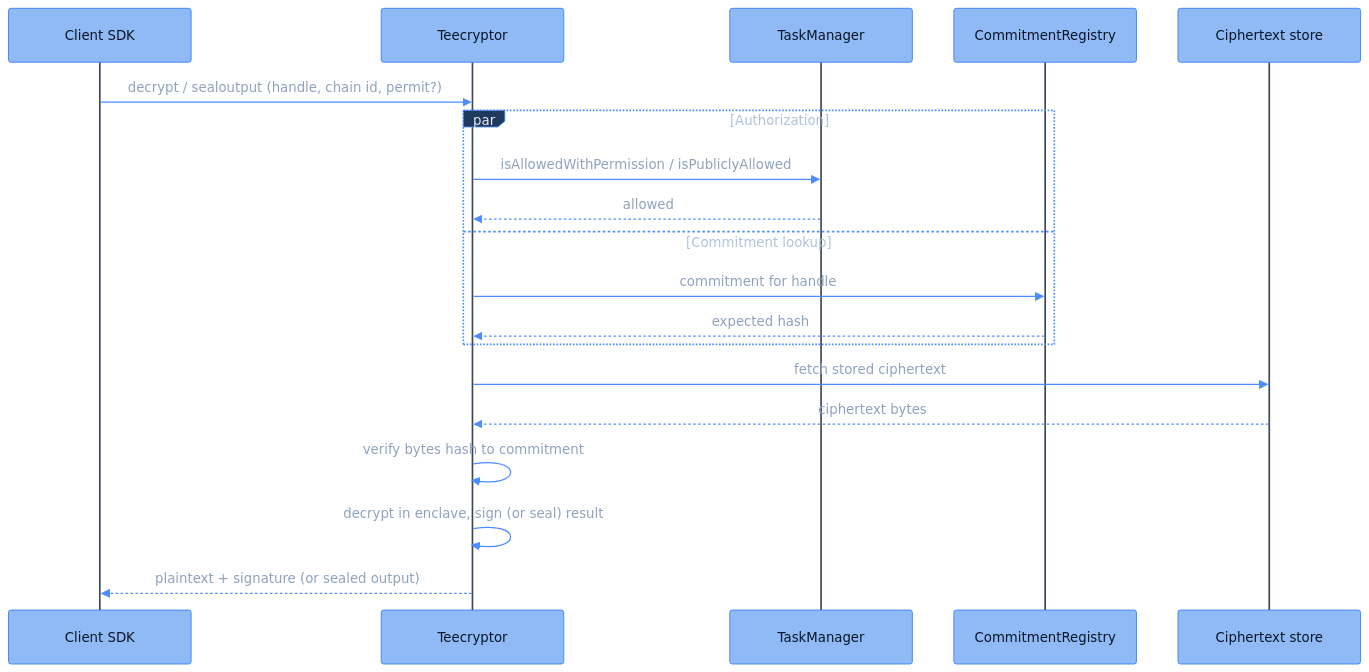
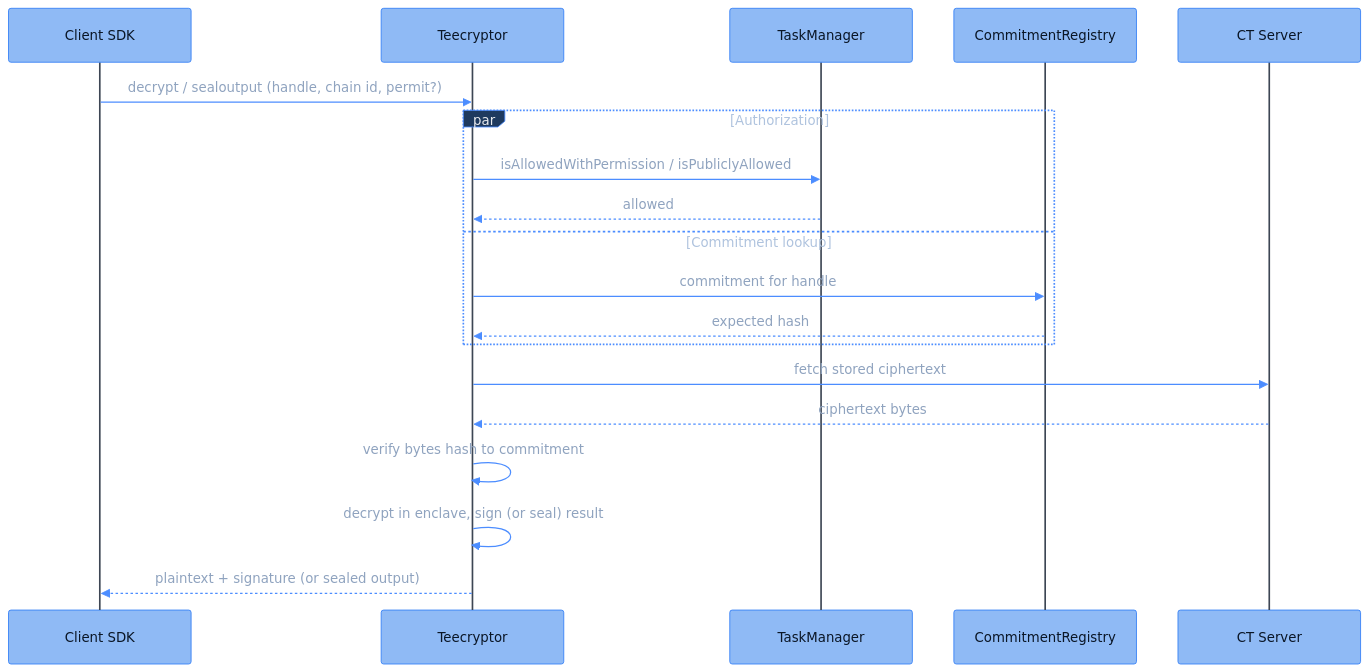
One commit to FhenixProtocol/fhenix-developer-docs changed the diagram in deep-dive/cofhe-components/teecryptor.mdx. Above: the diagram before and after it, drawn with Mermaid. The commit also changed other lines of this file and 3 other files, not shown here.

````diff
--- a/deep-dive/cofhe-components/teecryptor.mdx
+++ b/deep-dive/cofhe-components/teecryptor.mdx
@@ -46,23 +46,23 @@
 ```mermaid
 %%{init: {"theme": "base", "themeVariables": {"fontFamily": "Menlo, Monaco, Consolas, monospace", "fontSize": "13px", "primaryColor": "#8FBAF5", "primaryBorderColor": "#2E7CF6", "primaryTextColor": "#0A1626", "lineColor": "#4C8DFF", "signalColor": "#4C8DFF", "signalTextColor": "#8FA3BF", "actorBkg": "#8FBAF5", "actorBorder": "#2E7CF6", "actorTextColor": "#0A1626", "actorLineColor": "#3D4654", "noteBkgColor": "#14171C", "noteBorderColor": "#3D4654", "noteTextColor": "#AFC3DE", "activationBkgColor": "#1E3A5F", "activationBorderColor": "#4C8DFF", "clusterBkg": "#14171C", "clusterBorder": "#3D4654", "titleColor": "#E7EAEE", "edgeLabelBackground": "#8FBAF5", "textColor": "#AFC3DE", "labelTextColor": "#E7EAEE", "tertiaryColor": "#14171C", "loopTextColor": "#AFC3DE", "labelBoxBkgColor": "#1E3A5F", "labelBoxBorderColor": "#4C8DFF"}, "sequence": {"actorFontFamily": "Menlo, Monaco, Consolas, monospace", "messageFontFamily": "Menlo, Monaco, Consolas, monospace", "noteFontFamily": "Menlo, Monaco, Consolas, monospace", "width": 220}}}%%
 sequenceDiagram
     participant SDK as Client SDK
     participant Teecryptor
     participant TaskManager
     participant Registry as CommitmentRegistry
-    participant Store as Ciphertext store
+    participant Store as CT Server
 
     SDK->>Teecryptor: decrypt / sealoutput (handle, chain id, permit?)
     par Authorization
         Teecryptor->>TaskManager: isAllowedWithPermission / isPubliclyAllowed
         TaskManager-->>Teecryptor: allowed
     and Commitment lookup
         Teecryptor->>Registry: commitment for handle
         Registry-->>Teecryptor: expected hash
     end
     Teecryptor->>Store: fetch stored ciphertext
     Store-->>Teecryptor: ciphertext bytes
     Teecryptor->>Teecryptor: verify bytes hash to commitment
     Teecryptor->>Teecryptor: decrypt in enclave, sign (or seal) result
     Teecryptor-->>SDK: plaintext + signature (or sealed output)
 ```
````
